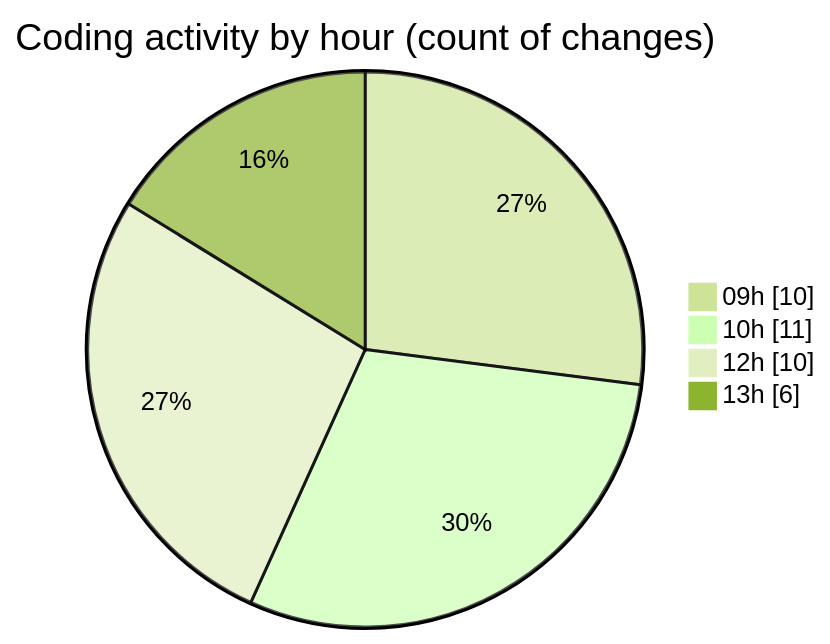
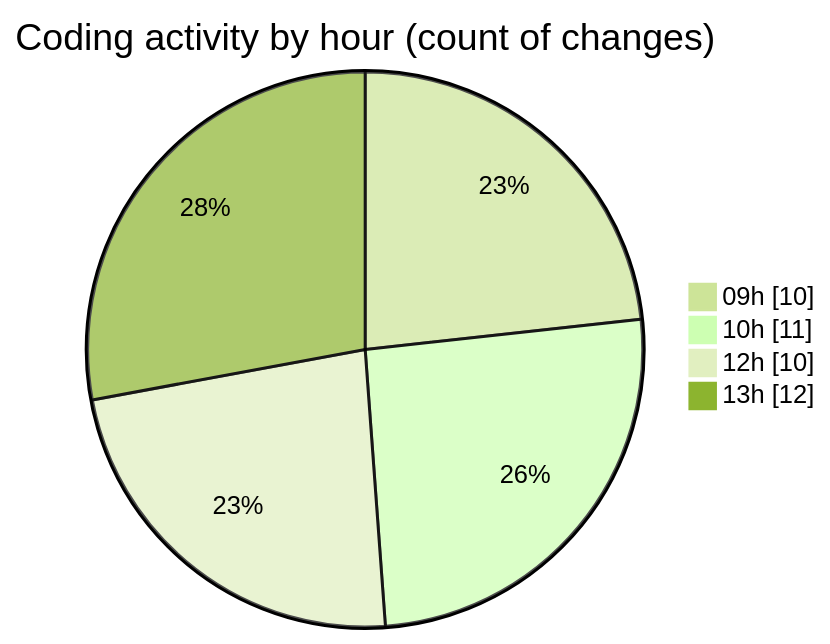
Before and after one commit to momahboobian/code-tracking: the second of 2 diagrams in 2025-09-12/cda/README.md, drawn with Mermaid (forest theme). The commit also changed other lines of this file and 1 other file, not shown here.

````diff
--- a/2025-09-12/cda/README.md
+++ b/2025-09-12/cda/README.md
@@ -41,8 +41,8 @@
 ```mermaid
 pie showData
 title Coding activity by hour (count of changes)
 "09h" : 10
 "10h" : 11
 "12h" : 10
-"13h" : 6
+"13h" : 12
 ```
````
